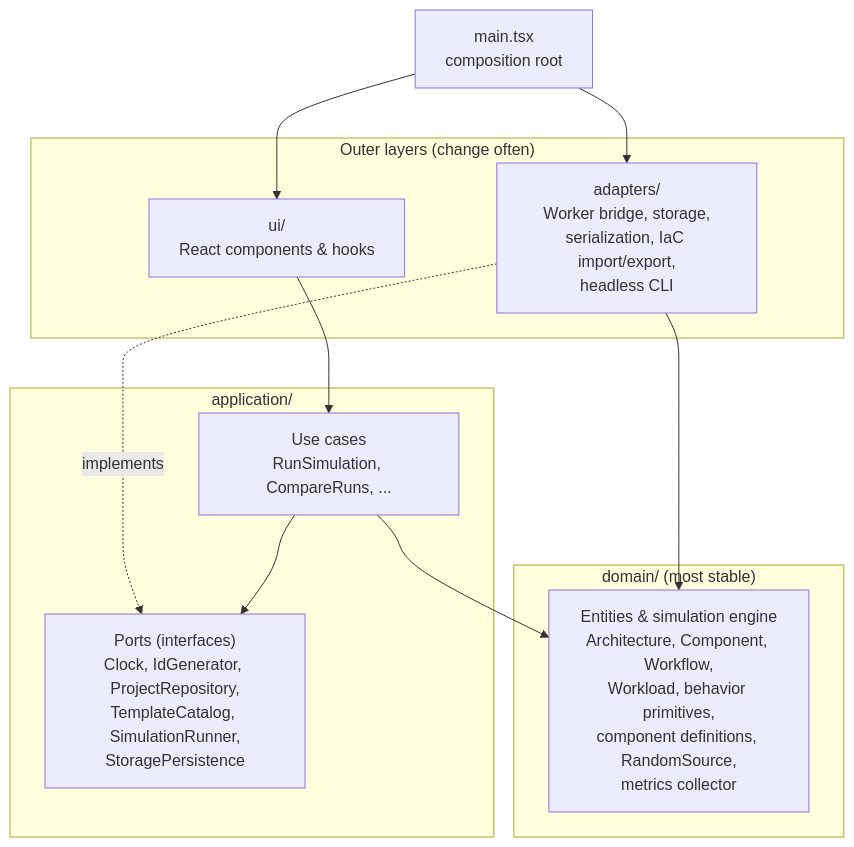
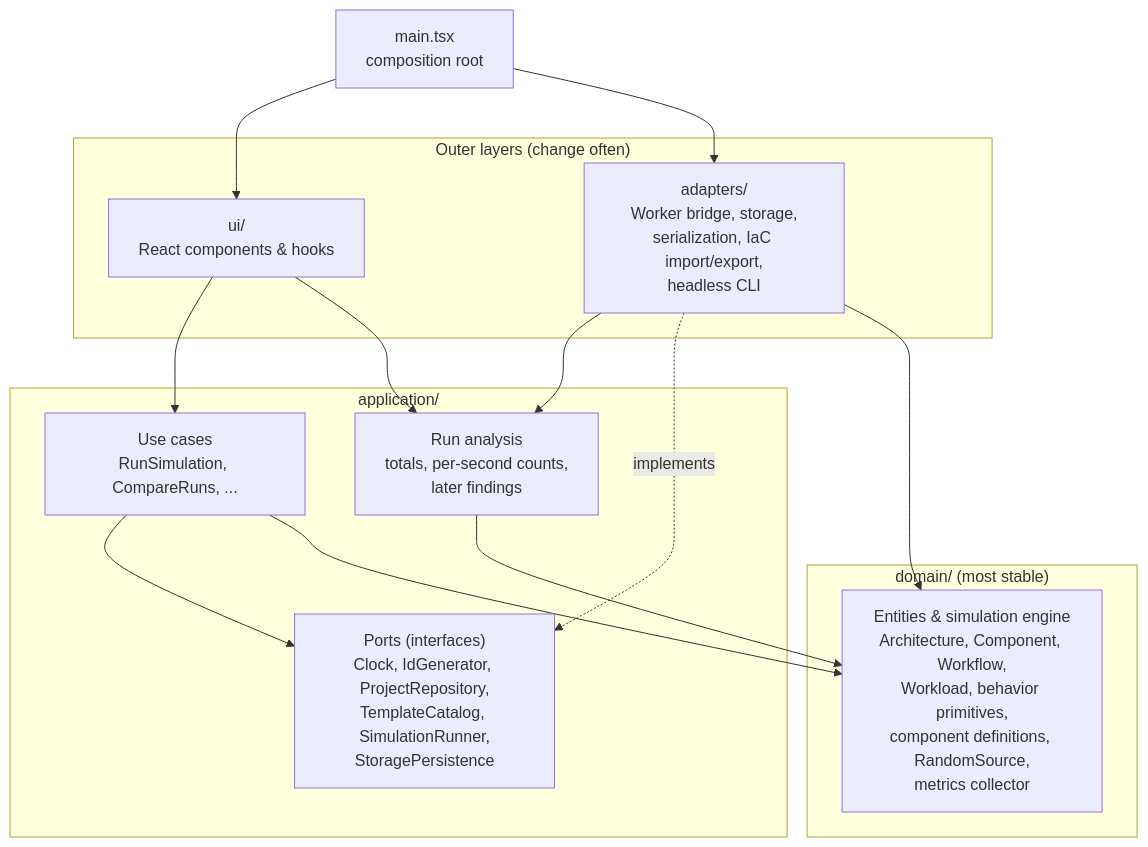
One commit to alanbickel/wind-tunnel changed the fifth of 5 diagrams in docs/architecture/architecture-overview.md. Above: the diagram before and after it, drawn with Mermaid. The commit also changed other lines of this file and 25 other files, not shown here.

Commit message:
refactor(application): share run totals and per-second counts between the CLI and the run panel (#48)

````diff
--- a/docs/architecture/architecture-overview.md
+++ b/docs/architecture/architecture-overview.md
@@ -105,22 +105,26 @@
 ```mermaid
 flowchart TB
     subgraph outer["Outer layers (change often)"]
         UI["ui/<br/>React components & hooks"]
         AD["adapters/<br/>Worker bridge, storage,<br/>serialization, IaC import/export,<br/>headless CLI"]
     end
     subgraph app["application/"]
         UC["Use cases<br/>RunSimulation, CompareRuns, ..."]
         P["Ports (interfaces)<br/>Clock, IdGenerator, ProjectRepository,<br/>TemplateCatalog, SimulationRunner,<br/>StoragePersistence"]
+        RA["Run analysis<br/>totals, per-second counts,<br/>later findings"]
     end
     subgraph dom["domain/ (most stable)"]
         D["Entities & simulation engine<br/>Architecture, Component, Workflow,<br/>Workload, behavior primitives,<br/>component definitions, RandomSource,<br/>metrics collector"]
     end
 
     UI --> UC
+    UI --> RA
+    AD --> RA
+    RA --> D
     AD -.->|implements| P
     UC --> P
     UC --> D
     AD --> D
     MAIN["main.tsx<br/>composition root"] --> UI
     MAIN --> AD
 ```
````
